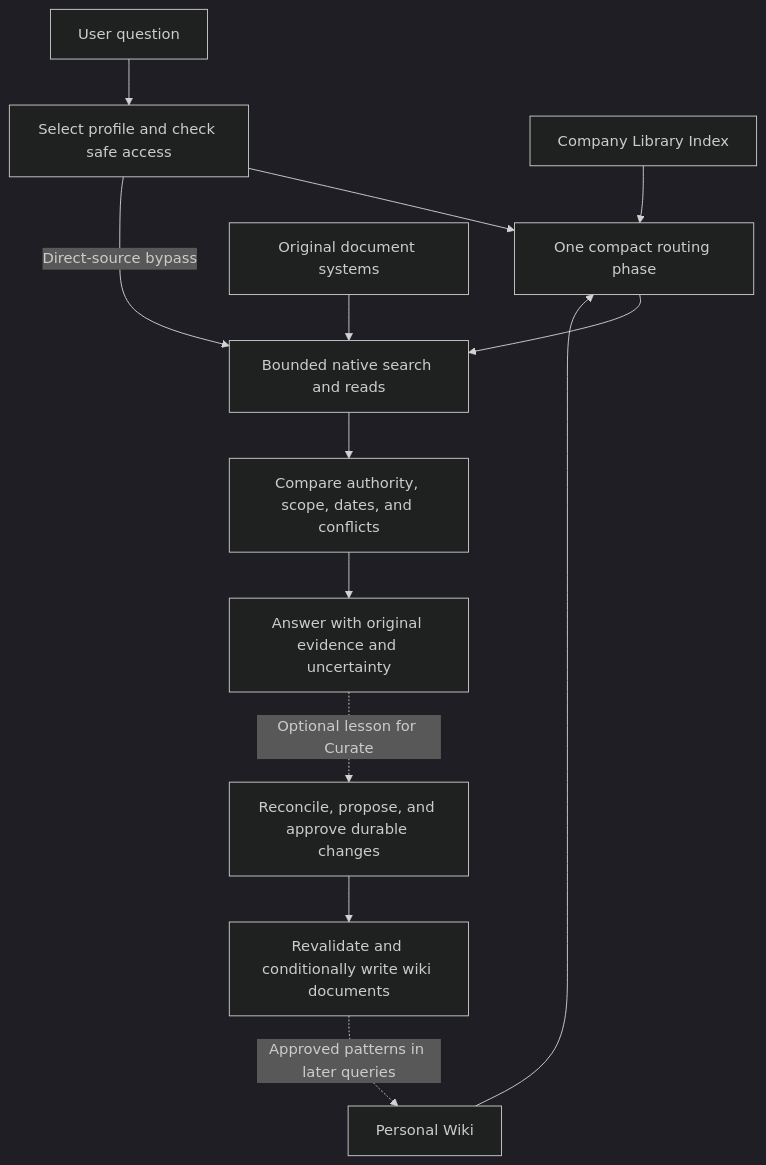
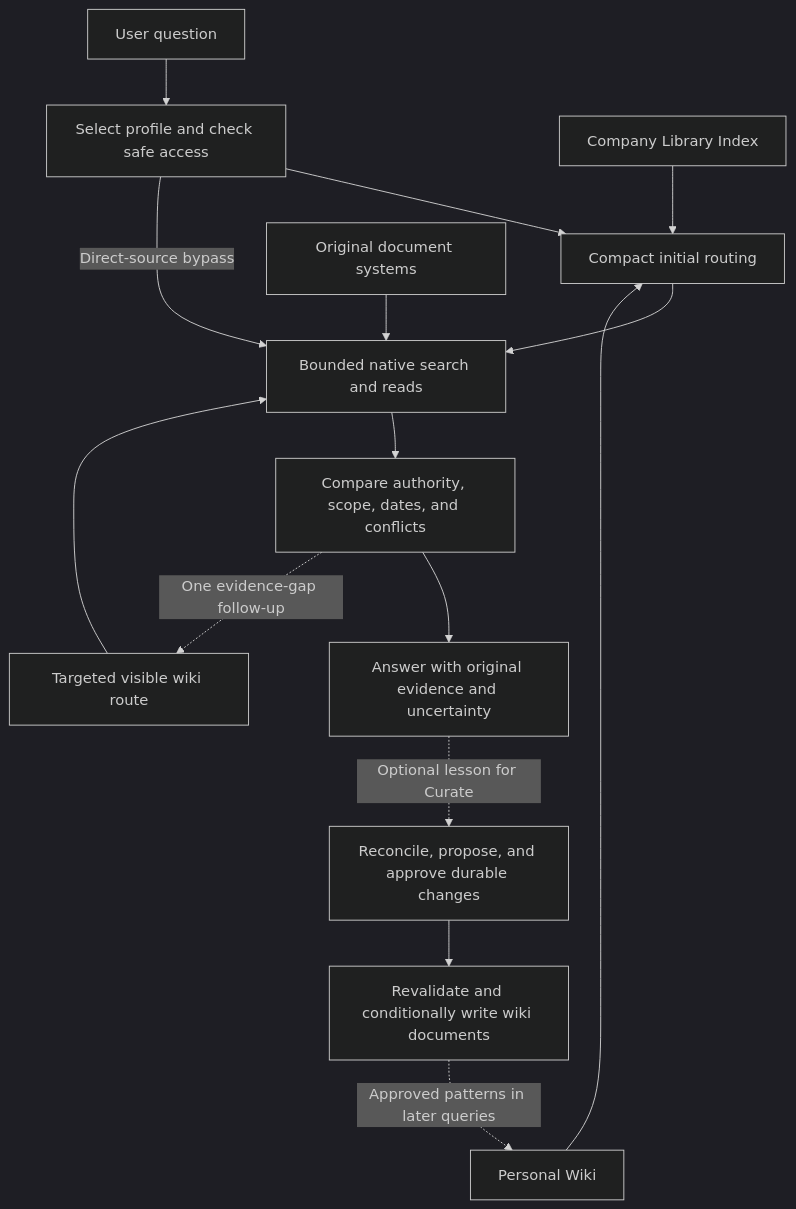
Before and after one commit to yysun/company-wiki: the diagram in docs/company-wiki-arxiv-article.md, drawn with Mermaid (dark theme). The commit also changed other lines of this file and 21 other files, not shown here.

````diff
--- a/docs/company-wiki-arxiv-article.md
+++ b/docs/company-wiki-arxiv-article.md
@@ -81,15 +81,17 @@
 ```mermaid
 flowchart TD
     Q[User question] --> G[Select profile and check safe access]
-    C[Company Library Index] --> R[One compact routing phase]
+    C[Company Library Index] --> R[Compact initial routing]
     P[Personal Wiki] --> R
     G --> R
     G -->|Direct-source bypass| S[Bounded native search and reads]
     R --> S
     D[Original document systems] --> S
     S --> E[Compare authority, scope, dates, and conflicts]
     E --> A[Answer with original evidence and uncertainty]
+    E -. One evidence-gap follow-up .-> F[Targeted visible wiki route]
+    F --> S
     A -. Optional lesson for Curate .-> U[Reconcile, propose, and approve durable changes]
     U --> V[Revalidate and conditionally write wiki documents]
     V -. Approved patterns in later queries .-> P
 ```
````
